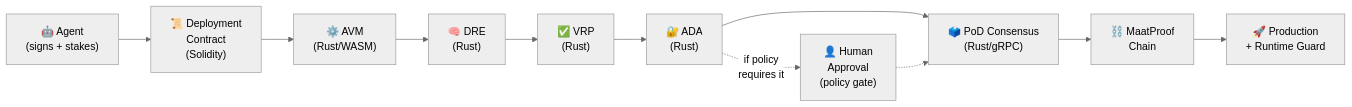
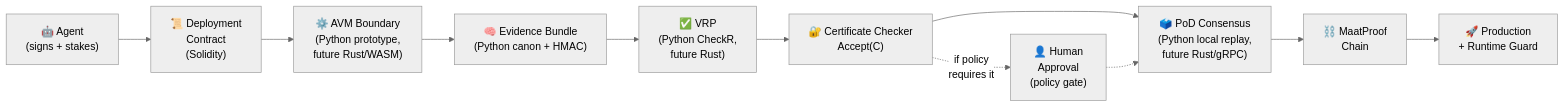
The first of 3 diagrams in docs/01-architecture.md (dngoins/MaatProof), drawn with Mermaid (neutral theme) before and after one commit. The commit also changed other lines of this file and 13 other files, not shown here.

Commit message:
Implement Python proof-of-deploy prototype

````diff
--- a/docs/01-architecture.md
+++ b/docs/01-architecture.md
@@ -5,13 +5,13 @@
 ```mermaid
 flowchart LR
     A["🤖 Agent\n(signs + stakes)"] --> B["📜 Deployment\nContract\n(Solidity)"]
-    B --> C["⚙️ AVM\n(Rust/WASM)"]
-    C --> D["🧠 DRE\n(Rust)"]
-    D --> E["✅ VRP\n(Rust)"]
-    E --> F["🔐 ADA\n(Rust)"]
-    F --> G["🗳️ PoD Consensus\n(Rust/gRPC)"]
+    B --> C["⚙️ AVM Boundary\n(Python prototype,\nfuture Rust/WASM)"]
+    C --> D["🧠 Evidence Bundle\n(Python canon + HMAC)"]
+    D --> E["✅ VRP\n(Python CheckR,\nfuture Rust)"]
+    E --> F["🔐 Certificate Checker\nAccept(C)"]
+    F --> G["🗳️ PoD Consensus\n(Python local replay,\nfuture Rust/gRPC)"]
     G --> H["⛓️ MaatProof\nChain"]
     H --> I["🚀 Production\n+ Runtime Guard"]
     F -.->|"if policy\nrequires it"| J["👤 Human\nApproval\n(policy gate)"]
     J -.-> G
 ```
````
